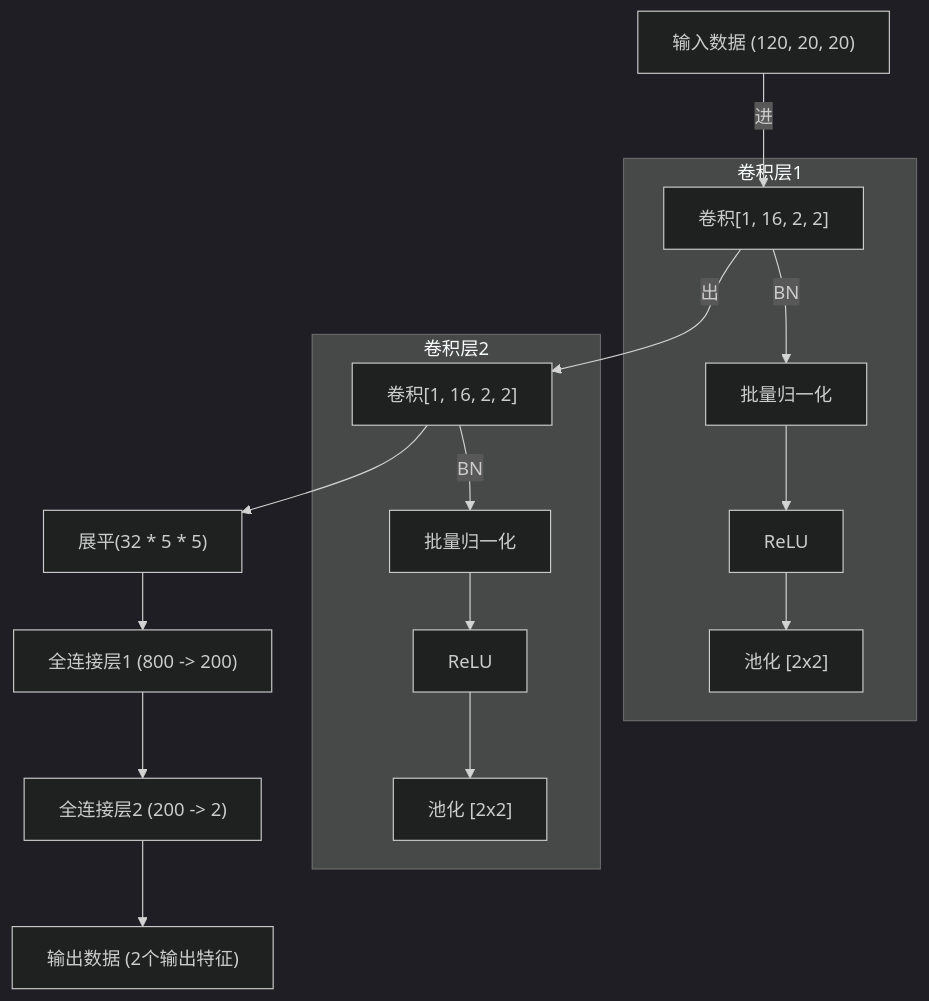
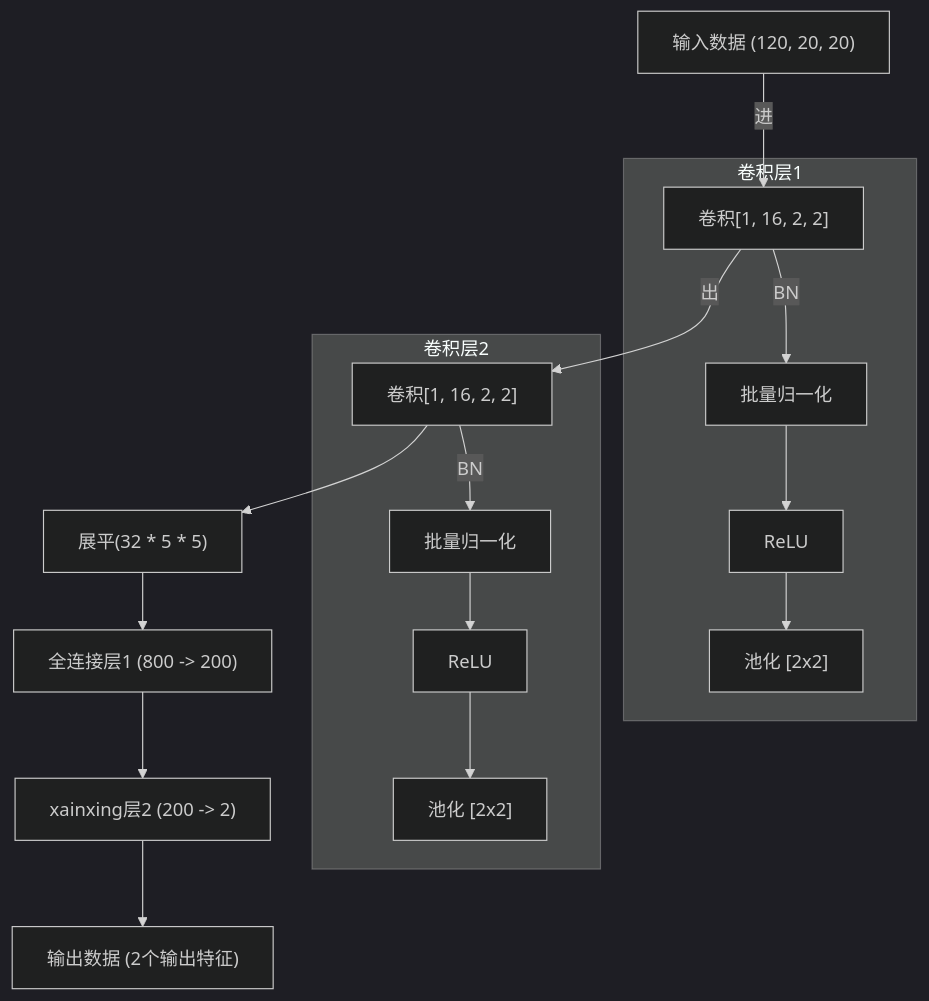
One commit to xbduong/iodraw-files changed the diagram in all/注意力.md. Above: the diagram before and after it, drawn with Mermaid (dark theme).

Commit message:
2024-05-23 22:22:33 update

````diff
--- a/all/注意力.md
+++ b/all/注意力.md
@@ -1,23 +1,23 @@
 ```mermaid
 flowchart TD
     A["输入数据 (120, 20, 20)"]
     A -->|进| B["卷积层1 [1, 16, 2, 2]"]
     B -->|出| C{"卷积层2 [16, 32, 2, 2] -> 展平"}
     C -->C4["展平(32 * 5 * 5)"]
     C4["展平(32 * 5 * 5)"] --> D["全连接层1 (800 -> 200)"]
-    D --> E["全连接层2 (200 -> 2)"]
+    D --> E["xainxing层2 (200 -> 2)"]
     E --> F["输出数据 (2个输出特征)"]
 
     subgraph "卷积层1"
     B["卷积[1, 16, 2, 2]"] -->|BN| B1["批量归一化"]
     B1 --> B2["ReLU"]
     B2 --> B3["池化 [2x2]"]
     end
 
     subgraph "卷积层2"
     C["卷积[1, 16, 2, 2]"] -->|BN| C1["批量归一化"]
     C1 --> C2["ReLU"]
     C2 --> C3["池化 [2x2]"]
     end
   
 ```
````
